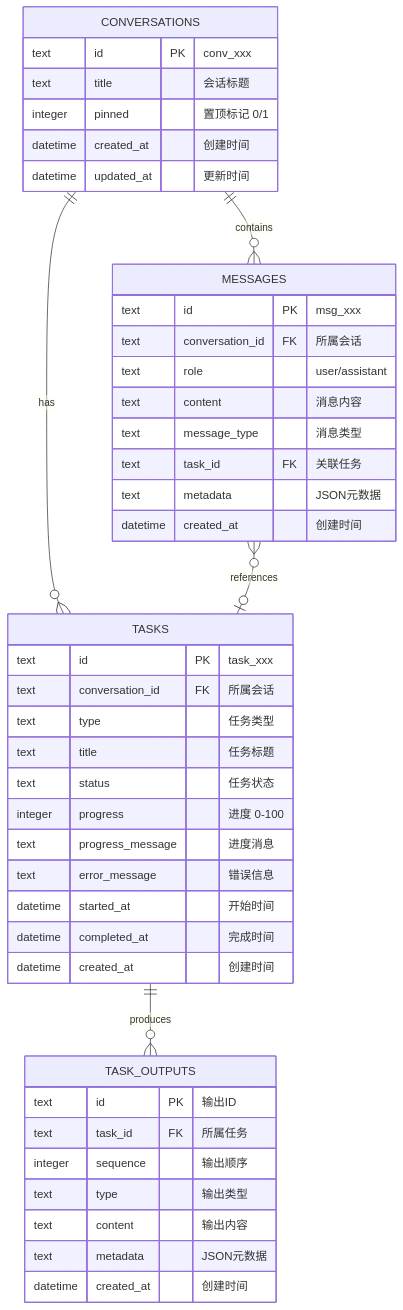
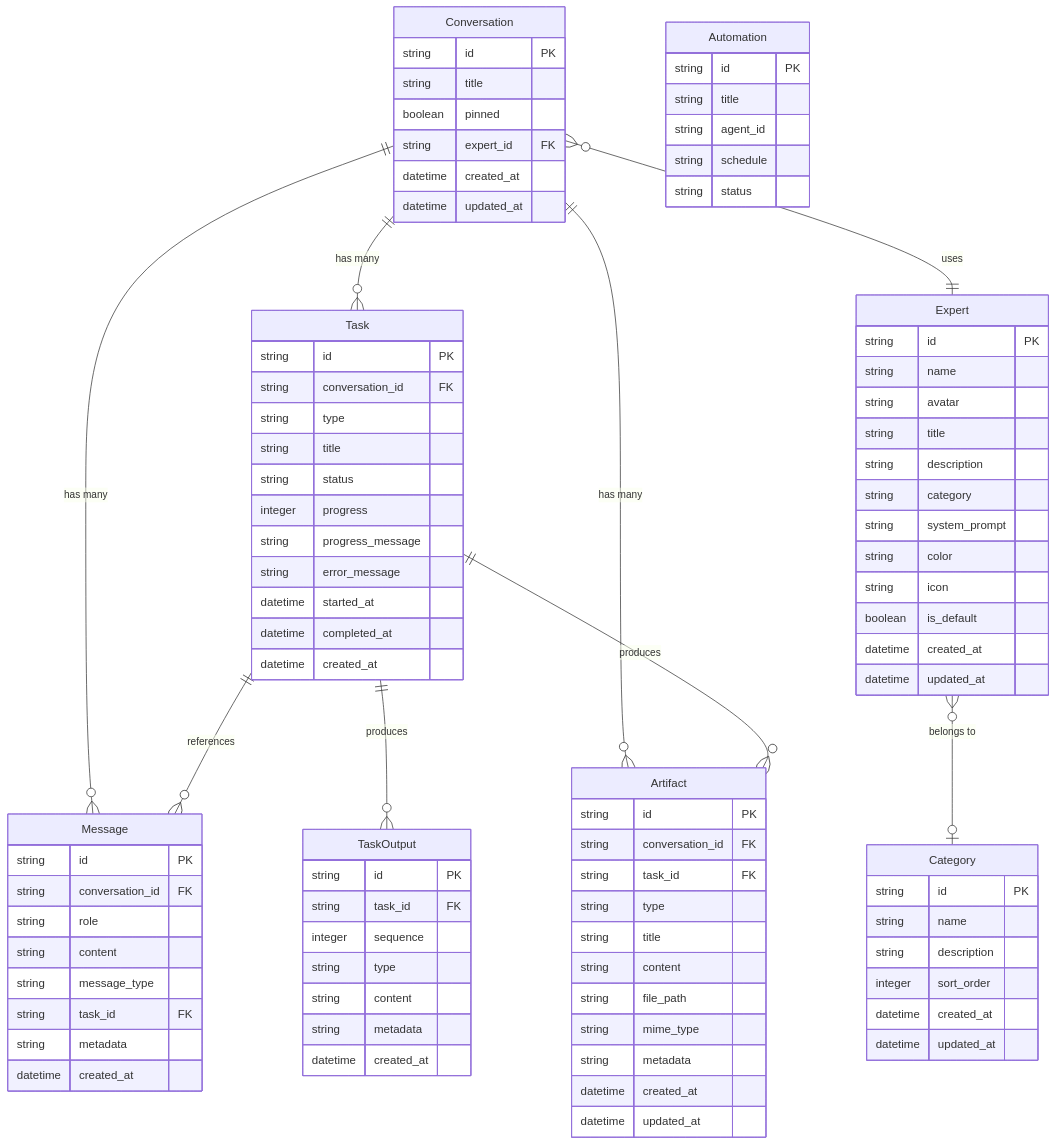
The diagram in docs/prd/03_DATAMODEL.md (jaikensai888/openclaw-dashboard), drawn with Mermaid before and after one commit. The commit also changed other lines of this file and 24 other files, not shown here.

````diff
--- a/docs/prd/03_DATAMODEL.md
+++ b/docs/prd/03_DATAMODEL.md
@@ -45,50 +59,103 @@
 ```mermaid
 erDiagram
-    CONVERSATIONS ||--o{ MESSAGES : contains
-    CONVERSATIONS ||--o{ TASKS : has
-    MESSAGES }o--o| TASKS : references
-    TASKS ||--o{ TASK_OUTPUTS : produces
+    Conversation ||--o{ Message : "has many"
+    Conversation ||--o{ Task : "has many"
+    Conversation ||--o{ Artifact : "has many"
+    Conversation }o--|| Expert : "uses"
 
-    CONVERSATIONS {
-        text id PK "conv_xxx"
-        text title "会话标题"
-        integer pinned "置顶标记 0/1"
-        datetime created_at "创建时间"
-        datetime updated_at "更新时间"
+    Task ||--o{ TaskOutput : "produces"
+    Task ||--o{ Message : "references"
+    Task ||--o{ Artifact : "produces"
+
+    Expert }o--o| Category : "belongs to"
+
+    Automation {
+        string id PK
+        string title
+        string agent_id
+        string schedule
+        string status
     }
 
-    MESSAGES {
-        text id PK "msg_xxx"
-        text conversation_id FK "所属会话"
-        text role "user/assistant"
-        text content "消息内容"
-        text message_type "消息类型"
-        text task_id FK "关联任务"
-        text metadata "JSON元数据"
-        datetime created_at "创建时间"
+    Conversation {
+        string id PK
+        string title
+        boolean pinned
+        string expert_id FK
+        datetime created_at
+        datetime updated_at
     }
 
-    TASKS {
-        text id PK "task_xxx"
-        text conversation_id FK "所属会话"
-        text type "任务类型"
-        text title "任务标题"
-        text status "任务状态"
-        integer progress "进度 0-100"
-        text progress_message "进度消息"
-        text error_message "错误信息"
-        datetime started_at "开始时间"
-        datetime completed_at "完成时间"
-        datetime created_at "创建时间"
+    Message {
+        string id PK
+        string conversation_id FK
+        string role
+        string content
+        string message_type
+        string task_id FK
+        string metadata
+        datetime created_at
     }
 
-    TASK_OUTPUTS {
-        text id PK "输出ID"
-        text task_id FK "所属任务"
-        integer sequence "输出顺序"
-        text type "输出类型"
-        text content "输出内容"
-        text metadata "JSON元数据"
-        datetime created_at "创建时间"
+    Task {
+        string id PK
+        string conversation_id FK
+        string type
+        string title
+        string status
+        integer progress
+        string progress_message
+        string error_message
+        datetime started_at
+        datetime completed_at
+        datetime created_at
+    }
+
+    TaskOutput {
+        string id PK
+        string task_id FK
+        integer sequence
+        string type
+        string content
+        string metadata
+        datetime created_at
+    }
+
+    Expert {
+        string id PK
+        string name
+        string avatar
+        string title
+        string description
+        string category
+        string system_prompt
+        string color
+        string icon
+        boolean is_default
+        datetime created_at
+        datetime updated_at
+    }
+
+    Category {
+        string id PK
+        string name
+        string description
+        integer sort_order
+        datetime created_at
+        datetime updated_at
+    }
+
+    Artifact {
+        string id PK
+        string conversation_id FK
+        string task_id FK
+        string type
+        string title
+        string content
+        string file_path
+        string mime_type
+        string metadata
+        datetime created_at
+        datetime updated_at
     }
 ```
````
